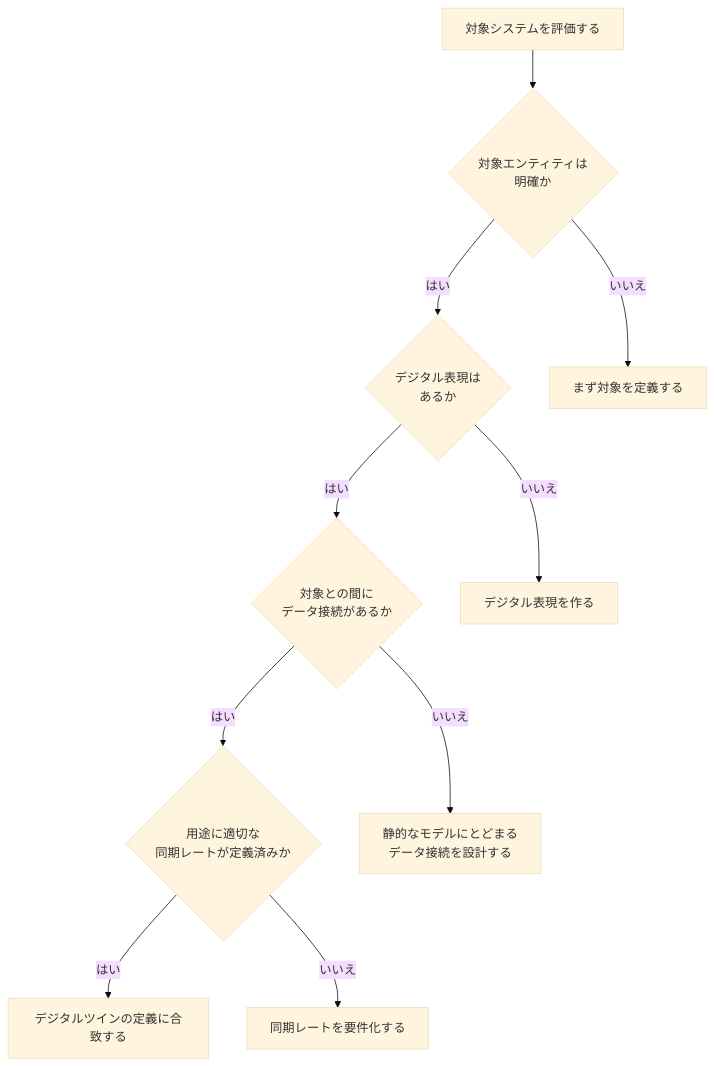
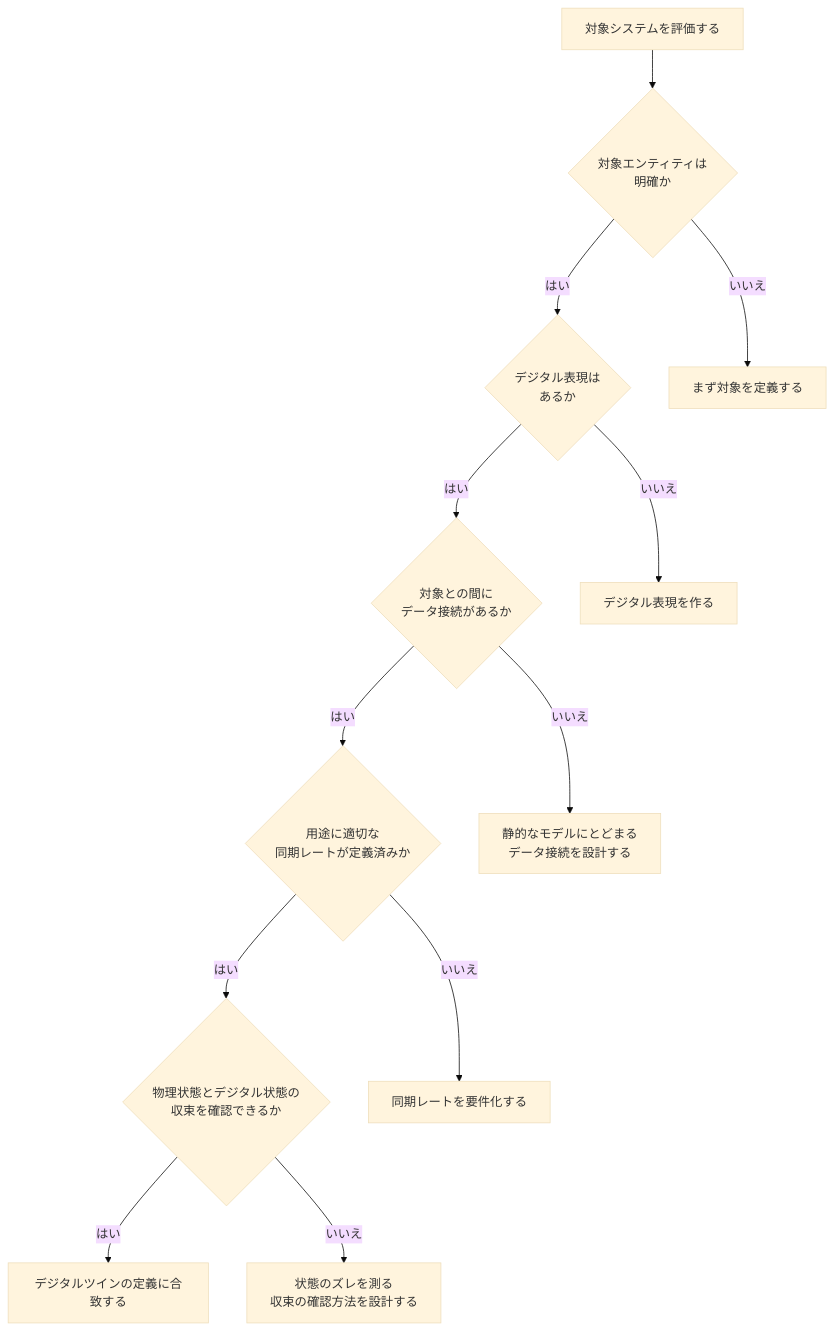
Before and after one commit to myoshi2891/Quality-Assurance-Studies: the ninth of 10 diagrams in Iso-30173-guide.md, drawn with Mermaid (base theme). The commit also changed 5 other files, not shown here.

````diff
--- a/Iso-30173-guide.md
+++ b/Iso-30173-guide.md
@@ -506,22 +506,26 @@
 ```mermaid
 flowchart TB
     Q0["対象システムを評価する"]
     Q1{"対象エンティティは<br/>明確か"}
     Q2{"デジタル表現は<br/>あるか"}
     Q3{"対象との間に<br/>データ接続があるか"}
     Q4{"用途に適切な<br/>同期レートが定義済みか"}
+    Q5{"物理状態とデジタル状態の<br/>収束を確認できるか"}
     OK["デジタルツインの定義に合致する"]
     NG1["まず対象を定義する"]
     NG2["デジタル表現を作る"]
     NG3["静的なモデルにとどまる<br/>データ接続を設計する"]
     NG4["同期レートを要件化する"]
+    NG5["状態のズレを測る<br/>収束の確認方法を設計する"]
     Q0 --> Q1
     Q1 -->|"はい"| Q2
     Q1 -->|"いいえ"| NG1
     Q2 -->|"はい"| Q3
     Q2 -->|"いいえ"| NG2
     Q3 -->|"はい"| Q4
     Q3 -->|"いいえ"| NG3
-    Q4 -->|"はい"| OK
+    Q4 -->|"はい"| Q5
     Q4 -->|"いいえ"| NG4
+    Q5 -->|"はい"| OK
+    Q5 -->|"いいえ"| NG5
 ```
````
